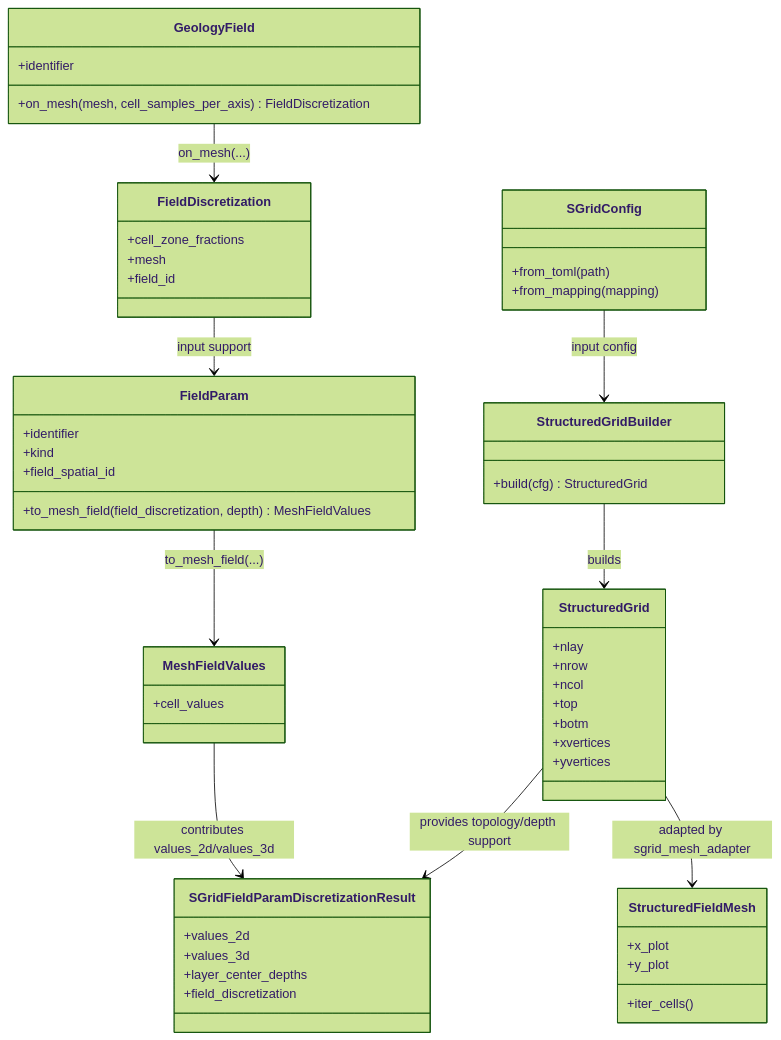
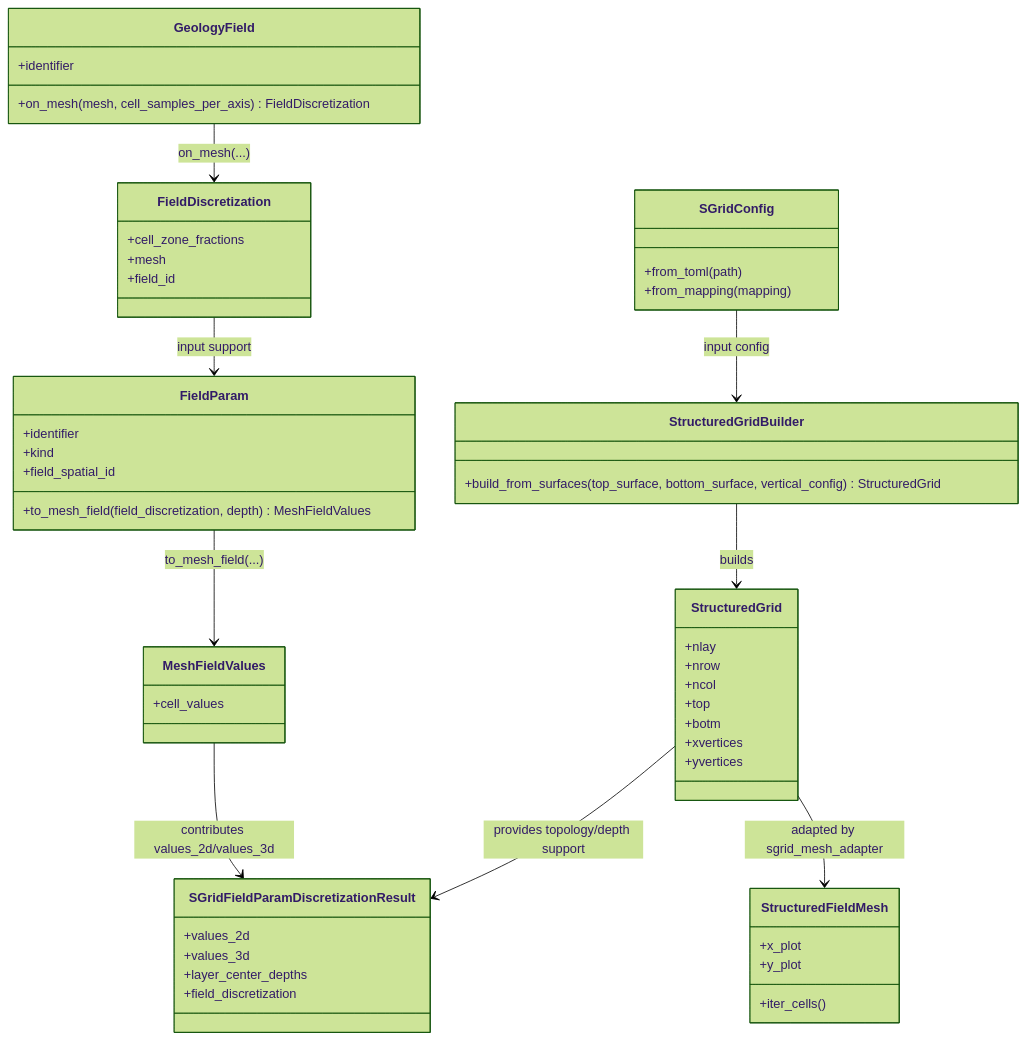
Before and after one commit to HydroModPy/HydroModPy: the first of 3 diagrams in hydromodpy/solver/utils/mesh/cartesian_grid/README.md, drawn with Mermaid (forest theme). The commit also changed other lines of this file and 50 other files, not shown here.

````diff
--- a/hydromodpy/solver/utils/mesh/cartesian_grid/README.md
+++ b/hydromodpy/solver/utils/mesh/cartesian_grid/README.md
@@ -145,65 +143,65 @@
 ```mermaid
 classDiagram
     class SGridConfig {
       +from_toml(path)
       +from_mapping(mapping)
     }
 
     class StructuredGridBuilder {
-      +build(cfg) StructuredGrid
+      +build_from_surfaces(top_surface, bottom_surface, vertical_config) StructuredGrid
     }
 
     class StructuredGrid {
       +nlay
       +nrow
       +ncol
       +top
       +botm
       +xvertices
       +yvertices
     }
 
     class StructuredFieldMesh {
       +x_plot
       +y_plot
       +iter_cells()
     }
 
     class GeologyField {
       +identifier
       +on_mesh(mesh, cell_samples_per_axis) FieldDiscretization
     }
 
     class FieldDiscretization {
       +cell_zone_fractions
       +mesh
       +field_id
     }
 
     class FieldParam {
       +identifier
       +kind
       +field_spatial_id
       +to_mesh_field(field_discretization, depth) MeshFieldValues
     }
 
     class MeshFieldValues {
       +cell_values
     }
 
     class SGridFieldParamDiscretizationResult {
       +values_2d
       +values_3d
       +layer_center_depths
       +field_discretization
     }
 
     SGridConfig --> StructuredGridBuilder : input config
     StructuredGridBuilder --> StructuredGrid : builds
     StructuredGrid --> StructuredFieldMesh : adapted by sgrid_mesh_adapter
     GeologyField --> FieldDiscretization : on_mesh(...)
     FieldDiscretization --> FieldParam : input support
     FieldParam --> MeshFieldValues : to_mesh_field(...)
     MeshFieldValues --> SGridFieldParamDiscretizationResult : contributes values_2d/values_3d
     StructuredGrid --> SGridFieldParamDiscretizationResult : provides topology/depth support
 ```
````
